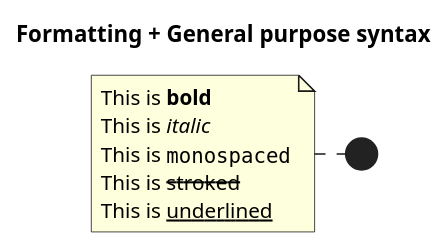
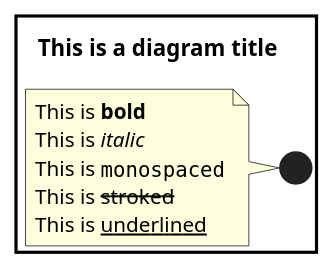
The tenth of 33 diagrams in uml_markdown_summary.md (chraxo/UmlMarkdownCheatSheet), drawn with PlantUML before and after one commit. The commit also changed other lines of this file, not shown here.

Commit message:
Enhanced uml_markdown_summary.md

```diff
--- a/uml_markdown_summary.md
+++ b/uml_markdown_summary.md
@@ -108,22 +248,20 @@
 @startuml
+    skinparam DiagramBorderColor black
+    skinparam DiagramBorderThickness 2
 
-    ' Choose the "strictuml" style to more comply with the UML specification
-    skinparam style strictuml
-
-    title Formatting + General purpose syntax
+    title This is a diagram title
 
     ' This is a (one line) comment. This line will be ignored by plantUML.
 
     /' This is ...
        ... a multiline comment.
     '/
 
     note left
         This is **bold**
         This is //italic//
         This is ""monospaced""
         This is --stroked--
         This is __underlined__
     end note
-
 @enduml
```
